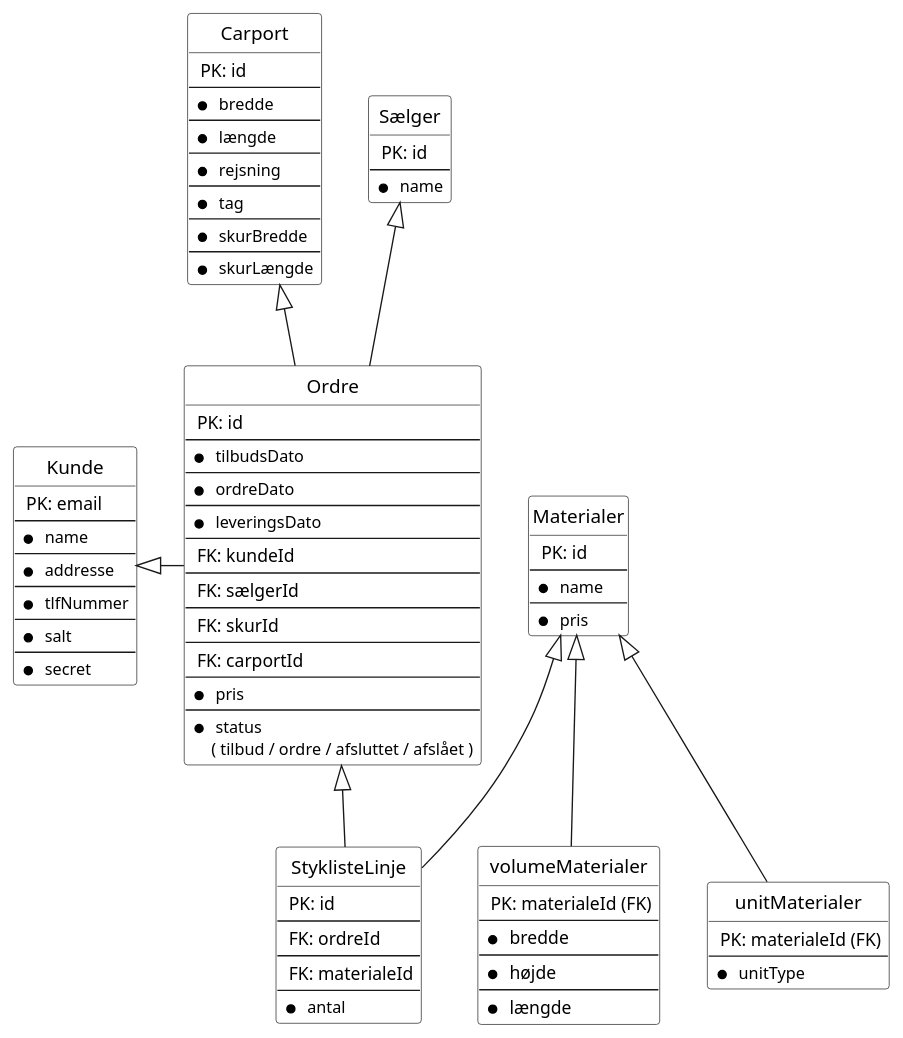
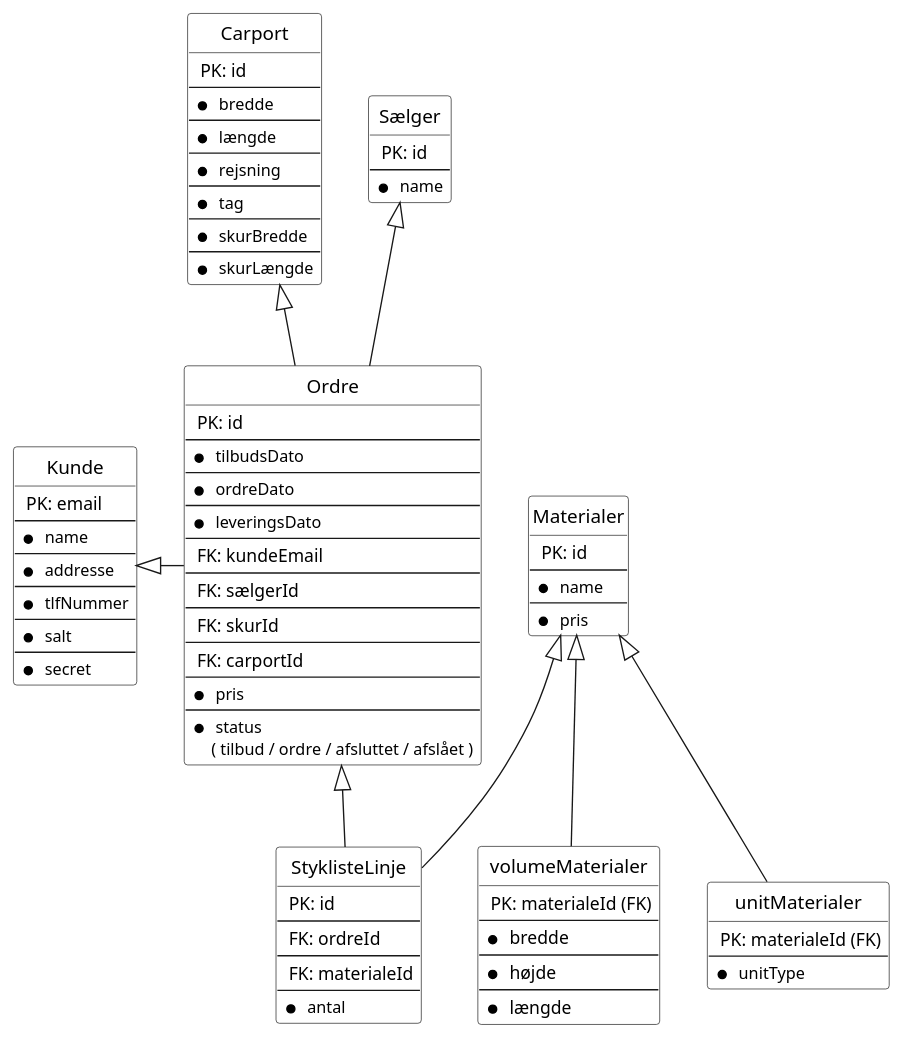
Before and after one commit to kalhauge/Fog: the second of 2 diagrams in src/main/Diagrammer/ER.puml, drawn with PlantUML. The commit also changed 1 other file, not shown here.

```diff
--- a/src/main/Diagrammer/ER.puml
+++ b/src/main/Diagrammer/ER.puml
@@ -104,112 +104,112 @@
 @startuml
 
 skinparam wrapWidth 300
 
 hide circle
 hide empty members
 
 entity Kunde #White {
    <size:13> PK: email
    --
    * <size:12> name
    --
    * <size:12> addresse
    --
    * <size:12> tlfNummer
    --
    * <size:12> salt
    --
    * <size:12> secret
 }
 
 entity Carport #White {
    <size:13> PK: id
    --
    * <size:12> bredde
    --
    * <size:12> længde
    --
    * <size:12> rejsning
    --
    * <size:12> tag
    --
    * <size:12> skurBredde
    --
    * <size:12> skurLængde
 }
 
 
 entity Ordre  #White {
    <size:13> PK: id
    --
    * <size:12> tilbudsDato
    --
    * <size:12> ordreDato
    --
    * <size:12> leveringsDato
    --
-   <size:13> FK: kundeId
+   <size:13> FK: kundeEmail
    --
    <size:13> FK: sælgerId
    --
    <size:13> FK: skurId
    --
    <size:13> FK: carportId
    --
    * <size:12> pris
    --
    * <size:12> status
     <size:12>( tilbud / ordre / afsluttet / afslået )
 }
 
 entity unitMaterialer #White {
    <size:13> PK: materialeId (FK)
    --
    * <size:12> unitType
 }
 
 entity volumeMaterialer #White {
    <size:13> PK: materialeId (FK)
    --
    * <size:13> bredde
    --
    * <size:13> højde
    --
    * <size:13> længde
 }
 
 entity Materialer #White {
    <size:13> PK: id
    --
    * <size:12> name
    --
    * <size:12> pris
 }
 
 entity StyklisteLinje #White {
    <size:13> PK: id
    --
   <size:13> FK: ordreId
    --
    <size:13> FK: materialeId
    --
    * <size:12> antal
 }
 
 entity Sælger #White {
    <size:13> PK: id
    --
    * <size:12> name
 }
 
 
 
 
 Kunde <|- Ordre
 Sælger <|-- Ordre
 Carport <|-- Ordre
 Ordre <|-- StyklisteLinje
 Materialer <|-- StyklisteLinje
 Materialer <|-- volumeMaterialer
 Materialer <|-- unitMaterialer
 @enduml
```
